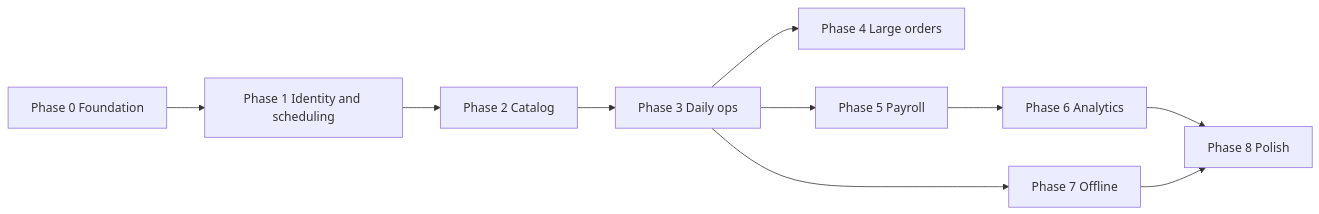
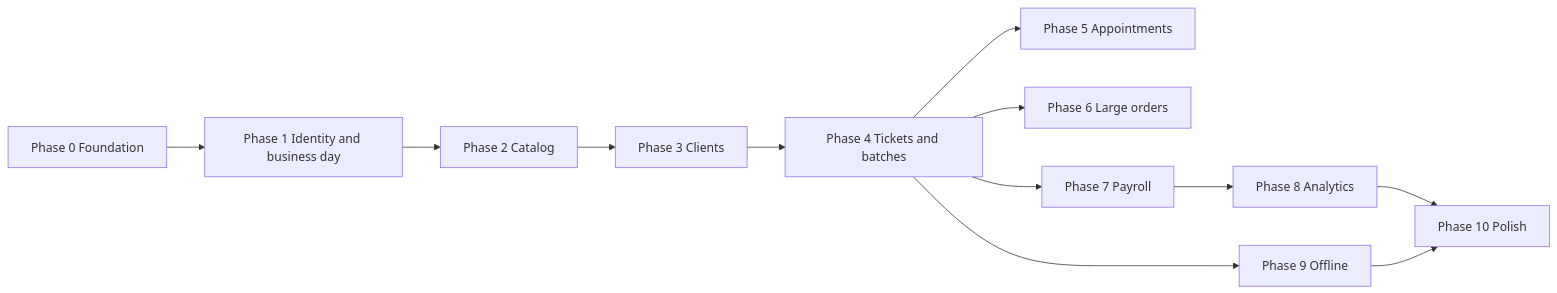
Before and after one commit to JuanDawd/innovation-befine: the diagram in docs/project-plan.md, drawn with Mermaid. The commit also changed other lines of this file and 1 other file, not shown here.

````diff
--- a/docs/project-plan.md
+++ b/docs/project-plan.md
@@ -119,18 +161,22 @@
 ```mermaid
 flowchart LR
   P0[Phase 0 Foundation]
-  P1[Phase 1 Identity and scheduling]
+  P1[Phase 1 Identity and business day]
   P2[Phase 2 Catalog]
-  P3[Phase 3 Daily ops]
-  P4[Phase 4 Large orders]
-  P5[Phase 5 Payroll]
-  P6[Phase 6 Analytics]
-  P7[Phase 7 Offline]
-  P8[Phase 8 Polish]
-  P0 --> P1 --> P2 --> P3
-  P3 --> P4
-  P3 --> P5 --> P6
-  P3 --> P7
-  P6 --> P8
-  P7 --> P8
+  P3[Phase 3 Clients]
+  P4[Phase 4 Tickets and batches]
+  P5[Phase 5 Appointments]
+  P6[Phase 6 Large orders]
+  P7[Phase 7 Payroll]
+  P8[Phase 8 Analytics]
+  P9[Phase 9 Offline]
+  P10[Phase 10 Polish]
+
+  P0 --> P1 --> P2 --> P3 --> P4
+  P4 --> P5
+  P4 --> P6
+  P4 --> P7 --> P8
+  P4 --> P9
+  P8 --> P10
+  P9 --> P10
 ```
````
